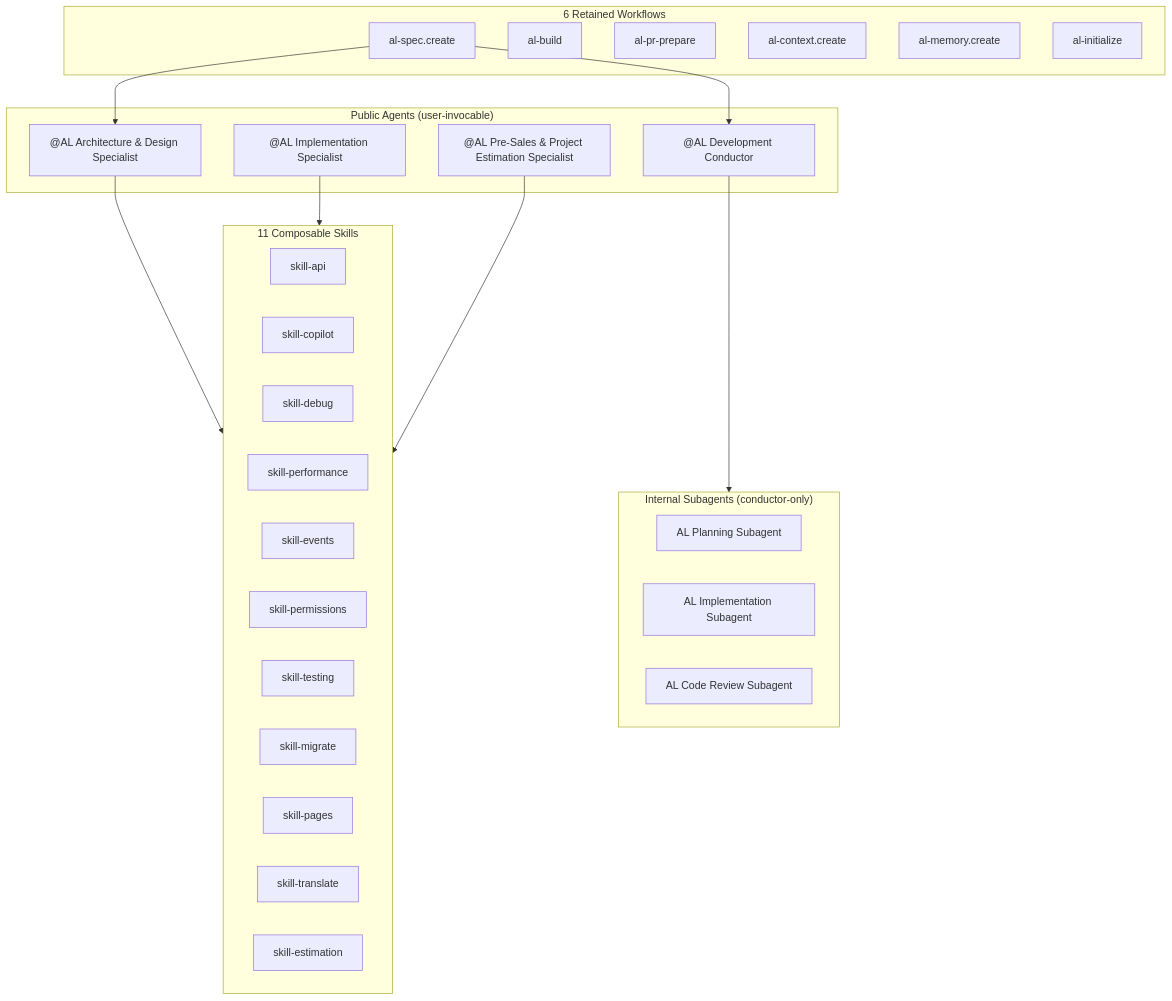
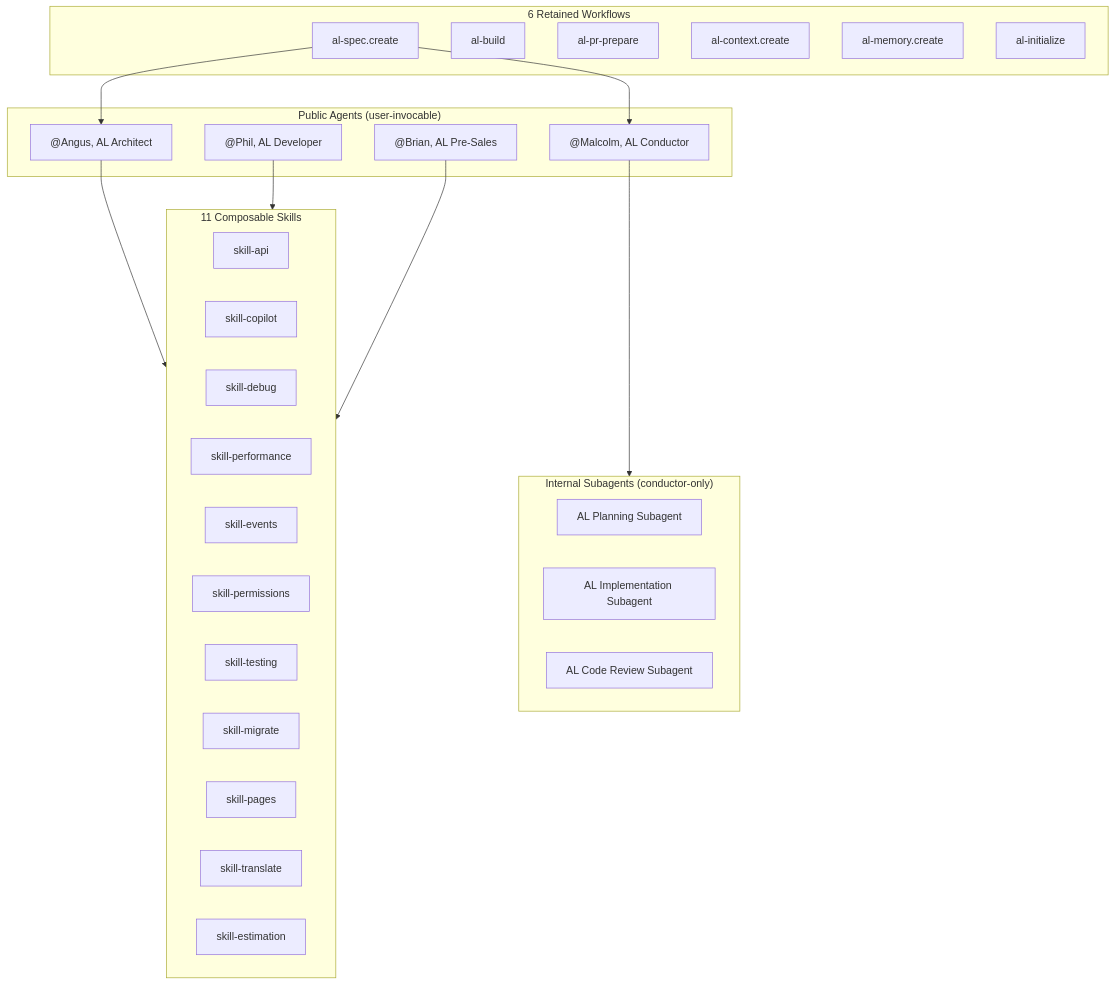
The third of 3 diagrams in .github/README.md (Louage/frw-agentic-coding), drawn with Mermaid before and after one commit. The commit also changed other lines of this file and 59 other files, not shown here.

````diff
--- a/.github/README.md
+++ b/.github/README.md
@@ -171,46 +171,46 @@
 ```mermaid
 graph TB
     subgraph PUBLIC["Public Agents (user-invocable)"]
-        ARCH["@AL Architecture & Design Specialist"]
-        DEV["@AL Implementation Specialist"]
-        COND["@AL Development Conductor"]
-        PRE["@AL Pre-Sales & Project Estimation Specialist"]
+        ARCH["@Angus, AL Architect"]
+        DEV["@Phil, AL Developer"]
+        COND["@Malcolm, AL Conductor"]
+        PRE["@Brian, AL Pre-Sales"]
     end
 
     subgraph INTERNAL["Internal Subagents (conductor-only)"]
         PLAN[AL Planning Subagent]
         IMPL[AL Implementation Subagent]
         REV[AL Code Review Subagent]
     end
 
     subgraph SKILLS["11 Composable Skills"]
         S1[skill-api]
         S2[skill-copilot]
         S3[skill-debug]
         S4[skill-performance]
         S5[skill-events]
         S6[skill-permissions]
         S7[skill-testing]
         S8[skill-migrate]
         S9[skill-pages]
         S10[skill-translate]
         S11[skill-estimation]
     end
 
     subgraph WORKFLOWS["6 Retained Workflows"]
         W1[al-spec.create]
         W2[al-build]
         W3[al-pr-prepare]
         W4[al-context.create]
         W5[al-memory.create]
         W6[al-initialize]
     end
 
     ARCH --> SKILLS
     DEV --> SKILLS
     COND --> INTERNAL
     PRE --> SKILLS
 
     W1 --> ARCH
     W1 --> COND
 ```
````
